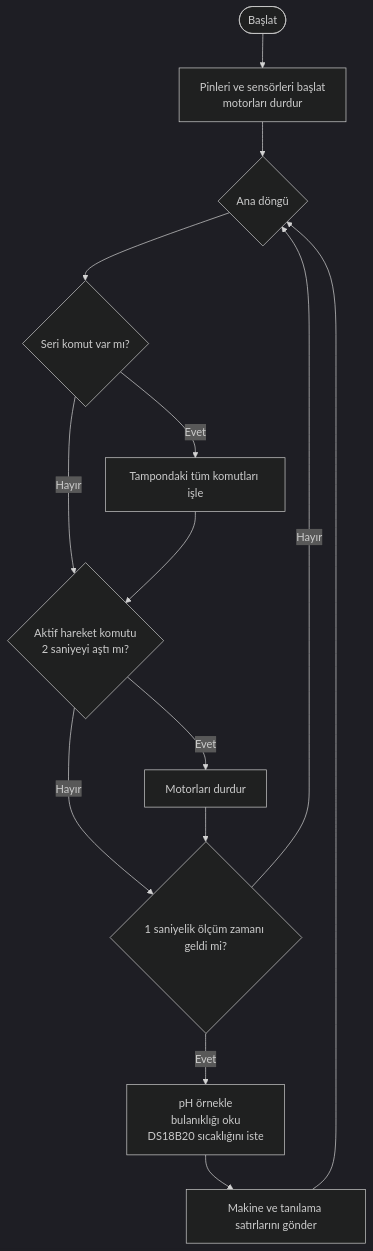
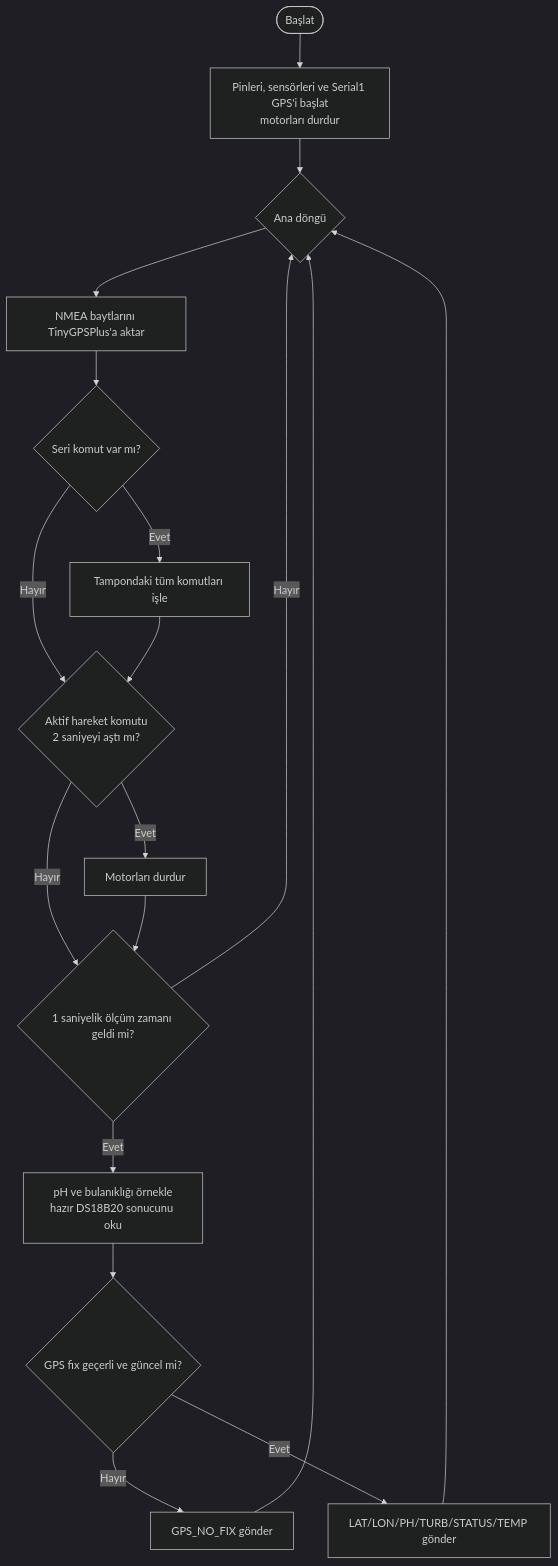
Before and after one commit to emircanylmz/water-quality-usv: the fifth of 8 diagrams in docs/ARCHITECTURE_TR.md, drawn with Mermaid (dark theme). The commit also changed other lines of this file and 13 other files, not shown here.

````diff
--- a/docs/ARCHITECTURE_TR.md
+++ b/docs/ARCHITECTURE_TR.md
@@ -146,16 +151,20 @@
 ```mermaid
 flowchart TD
-    START(["Başlat"]) --> INIT["Pinleri ve sensörleri başlat<br/>motorları durdur"]
+    START(["Başlat"]) --> INIT["Pinleri, sensörleri ve Serial1 GPS'i başlat<br/>motorları durdur"]
     INIT --> LOOP{"Ana döngü"}
-    LOOP --> RX{"Seri komut var mı?"}
+    LOOP --> GPS["NMEA baytlarını TinyGPSPlus'a aktar"]
+    GPS --> RX{"Seri komut var mı?"}
     RX -->|Evet| DRAIN["Tampondaki tüm komutları işle"]
     RX -->|Hayır| WATCH
     DRAIN --> WATCH{"Aktif hareket komutu<br/>2 saniyeyi aştı mı?"}
     WATCH -->|Evet| STOP["Motorları durdur"]
     WATCH -->|Hayır| DUE
     STOP --> DUE{"1 saniyelik ölçüm zamanı geldi mi?"}
     DUE -->|Hayır| LOOP
-    DUE -->|Evet| SAMPLE["pH örnekle<br/>bulanıklığı oku<br/>DS18B20 sıcaklığını iste"]
-    SAMPLE --> SEND["Makine ve tanılama satırlarını gönder"]
+    DUE -->|Evet| SAMPLE["pH ve bulanıklığı örnekle<br/>hazır DS18B20 sonucunu oku"]
+    SAMPLE --> FIX{"GPS fix geçerli ve güncel mi?"}
+    FIX -->|Hayır| NOFIX["GPS_NO_FIX gönder"]
+    NOFIX --> LOOP
+    FIX -->|Evet| SEND["LAT/LON/PH/TURB/STATUS/TEMP gönder"]
     SEND --> LOOP
 ```
````
